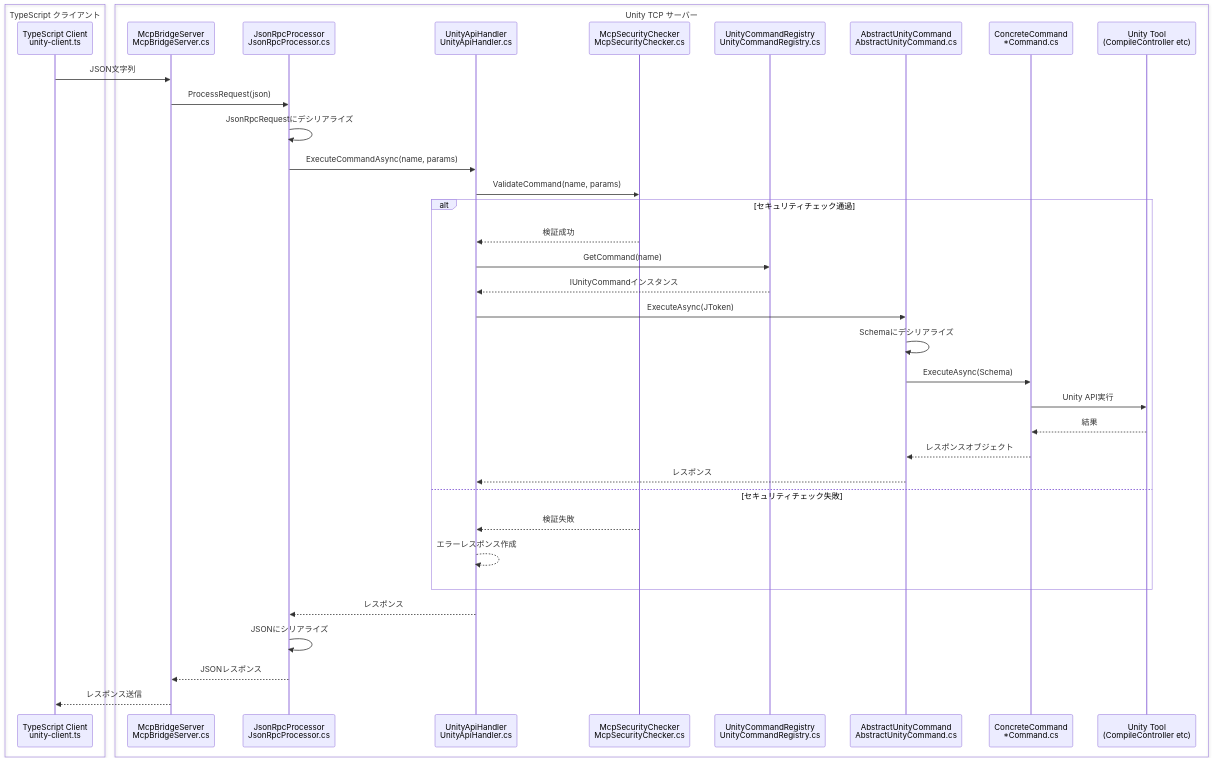
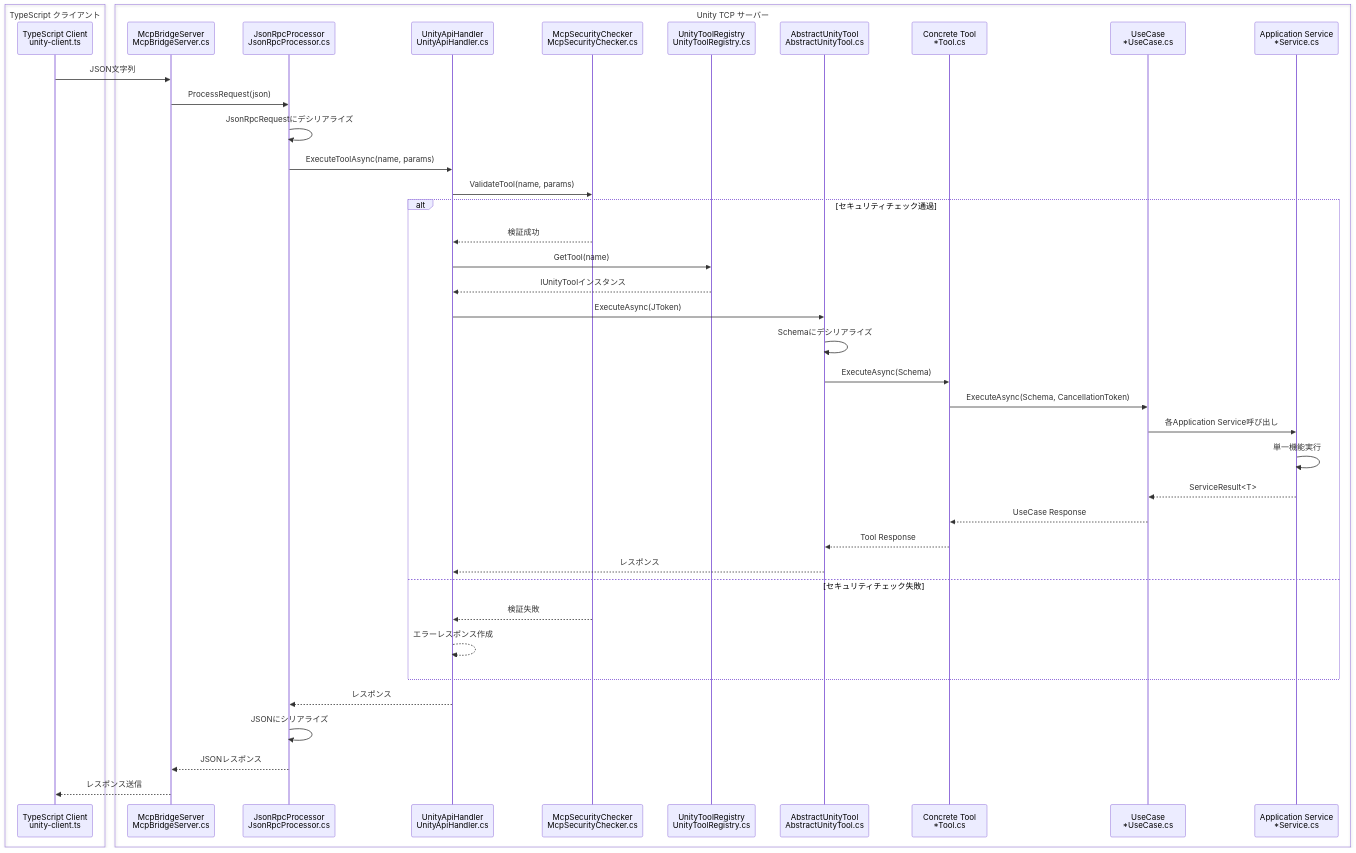
The sixth of 7 diagrams in Packages/docs/ARCHITECTURE_Unity_ja.md (hatayama/uLoopMCP), drawn with Mermaid before and after one commit. The commit also changed other lines of this file and 3 other files, not shown here.

First line of the commit message:
docs: update architecture documentation for DDD refactoring

````diff
--- a/Packages/docs/ARCHITECTURE_Unity_ja.md
+++ b/Packages/docs/ARCHITECTURE_Unity_ja.md
@@ -435,42 +480,46 @@
 ```mermaid
 sequenceDiagram
     box TypeScript クライアント
     participant TS as TypeScript Client<br/>unity-client.ts
     end
     
     box Unity TCP サーバー
     participant MB as McpBridgeServer<br/>McpBridgeServer.cs
     participant JP as JsonRpcProcessor<br/>JsonRpcProcessor.cs
     participant UA as UnityApiHandler<br/>UnityApiHandler.cs
     participant SC as McpSecurityChecker<br/>McpSecurityChecker.cs
-    participant UR as UnityCommandRegistry<br/>UnityCommandRegistry.cs
-    participant AC as AbstractUnityCommand<br/>AbstractUnityCommand.cs
-    participant CC as ConcreteCommand<br/>*Command.cs
-    participant UT as Unity Tool<br/>(CompileController etc)
+    participant UR as UnityToolRegistry<br/>UnityToolRegistry.cs
+    participant AT as AbstractUnityTool<br/>AbstractUnityTool.cs
+    participant Tool as Concrete Tool<br/>*Tool.cs
+    participant UC as UseCase<br/>*UseCase.cs
+    participant AS as Application Service<br/>*Service.cs
     end
 
     TS->>MB: JSON文字列
     MB->>JP: ProcessRequest(json)
     JP->>JP: JsonRpcRequestにデシリアライズ
-    JP->>UA: ExecuteCommandAsync(name, params)
-    UA->>SC: ValidateCommand(name, params)
+    JP->>UA: ExecuteToolAsync(name, params)
+    UA->>SC: ValidateTool(name, params)
     alt セキュリティチェック通過
         SC-->>UA: 検証成功
-        UA->>UR: GetCommand(name)
-        UR-->>UA: IUnityCommandインスタンス
-        UA->>AC: ExecuteAsync(JToken)
-        AC->>AC: Schemaにデシリアライズ
-        AC->>CC: ExecuteAsync(Schema)
-        CC->>UT: Unity API実行
-        UT-->>CC: 結果
-        CC-->>AC: レスポンスオブジェクト
-        AC-->>UA: レスポンス
+        UA->>UR: GetTool(name)
+        UR-->>UA: IUnityToolインスタンス
+        UA->>AT: ExecuteAsync(JToken)
+        AT->>AT: Schemaにデシリアライズ
+        AT->>Tool: ExecuteAsync(Schema)
+        Tool->>UC: ExecuteAsync(Schema, CancellationToken)
+        UC->>AS: 各Application Service呼び出し
+        AS->>AS: 単一機能実行
+        AS-->>UC: ServiceResult<T>
+        UC-->>Tool: UseCase Response
+        Tool-->>AT: Tool Response
+        AT-->>UA: レスポンス
     else セキュリティチェック失敗
         SC-->>UA: 検証失敗
         UA-->>UA: エラーレスポンス作成
     end
     UA-->>JP: レスポンス
     JP->>JP: JSONにシリアライズ
     JP-->>MB: JSONレスポンス
     MB-->>TS: レスポンス送信
 ```
````
